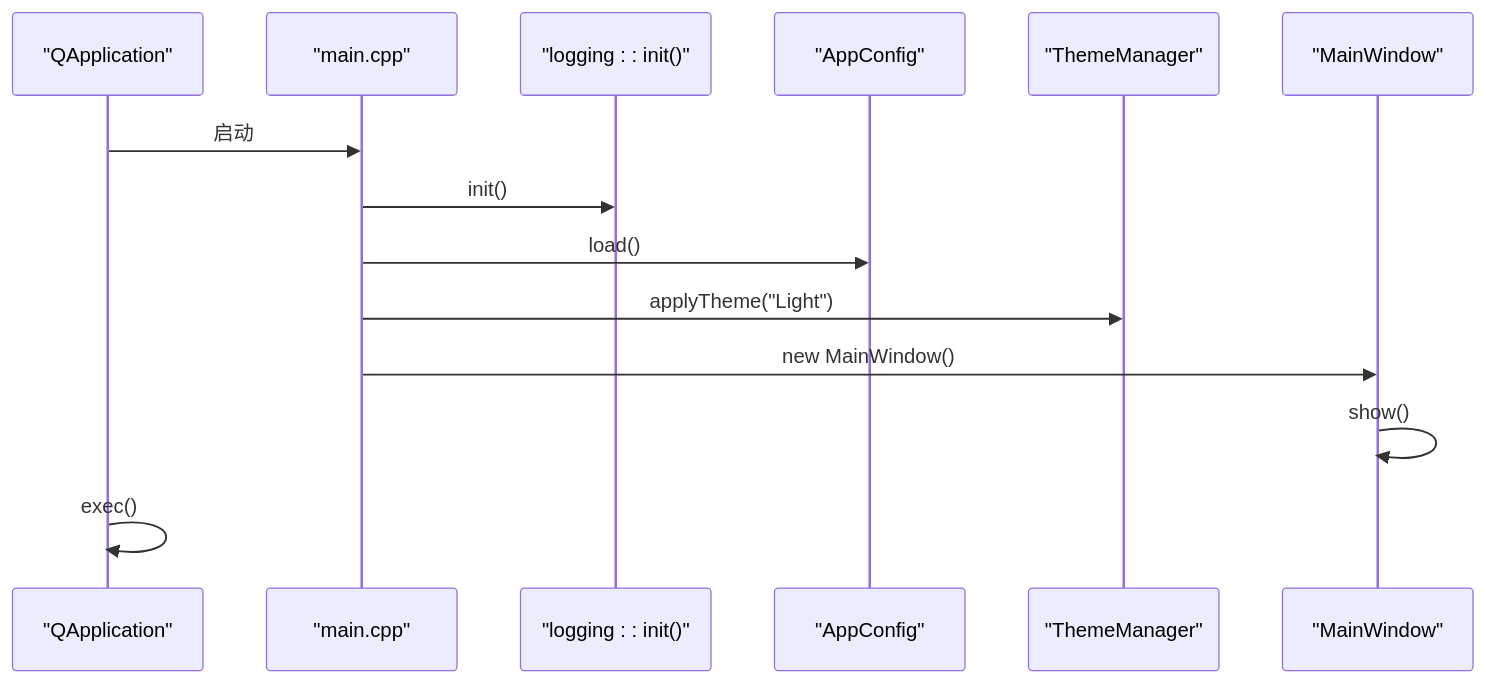
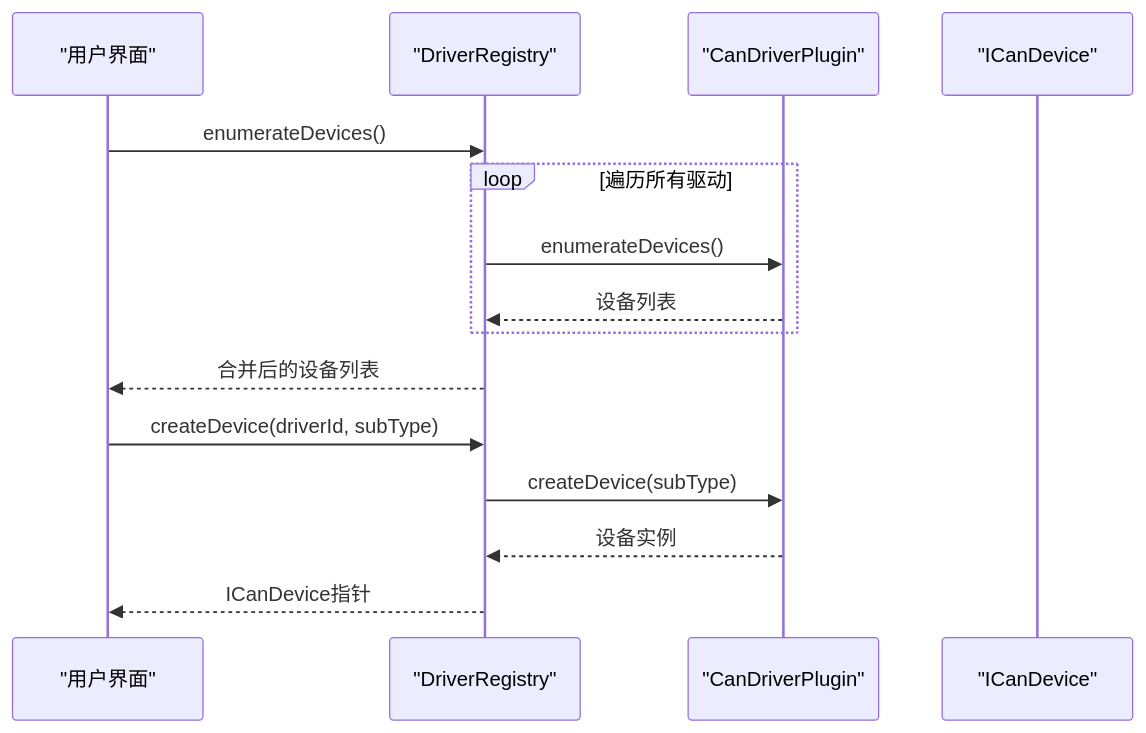
Before and after one commit to jakecai1225-design/OpenBus: the sixth of 7 diagrams in .qoder/repowiki/zh/content/核心模块详解/CAN设备管理系统.md, drawn with Mermaid. The commit also changed other lines of this file and 40 other files, not shown here.

````diff
--- a/.qoder/repowiki/zh/content/核心模块详解/CAN设备管理系统.md
+++ b/.qoder/repowiki/zh/content/核心模块详解/CAN设备管理系统.md
@@ -590,16 +365,17 @@
 ```mermaid
 sequenceDiagram
-participant App as "QApplication"
-participant Main as "main.cpp"
-participant Log as "logging : : init()"
-participant Cfg as "AppConfig"
-participant Theme as "ThemeManager"
-participant Win as "MainWindow"
-App->>Main : 启动
-Main->>Log : init()
-Main->>Cfg : load()
-Main->>Theme : applyTheme("Light")
-Main->>Win : new MainWindow()
-Win->>Win : show()
-App->>App : exec()
+participant UI as "用户界面"
+participant Registry as "DriverRegistry"
+participant Plugin as "CanDriverPlugin"
+participant Device as "ICanDevice"
+UI->>Registry : enumerateDevices()
+loop 遍历所有驱动
+Registry->>Plugin : enumerateDevices()
+Plugin-->>Registry : 设备列表
+end
+Registry-->>UI : 合并后的设备列表
+UI->>Registry : createDevice(driverId, subType)
+Registry->>Plugin : createDevice(subType)
+Plugin-->>Registry : 设备实例
+Registry-->>UI : ICanDevice指针
 ```
````
